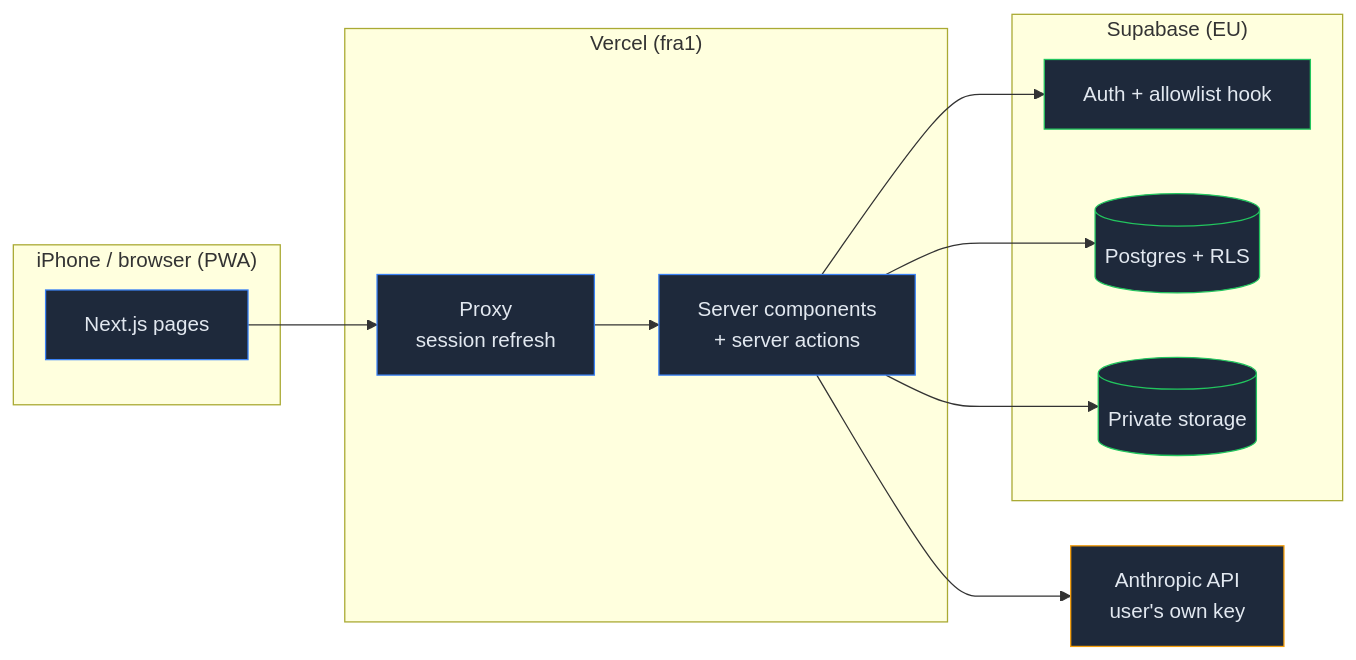
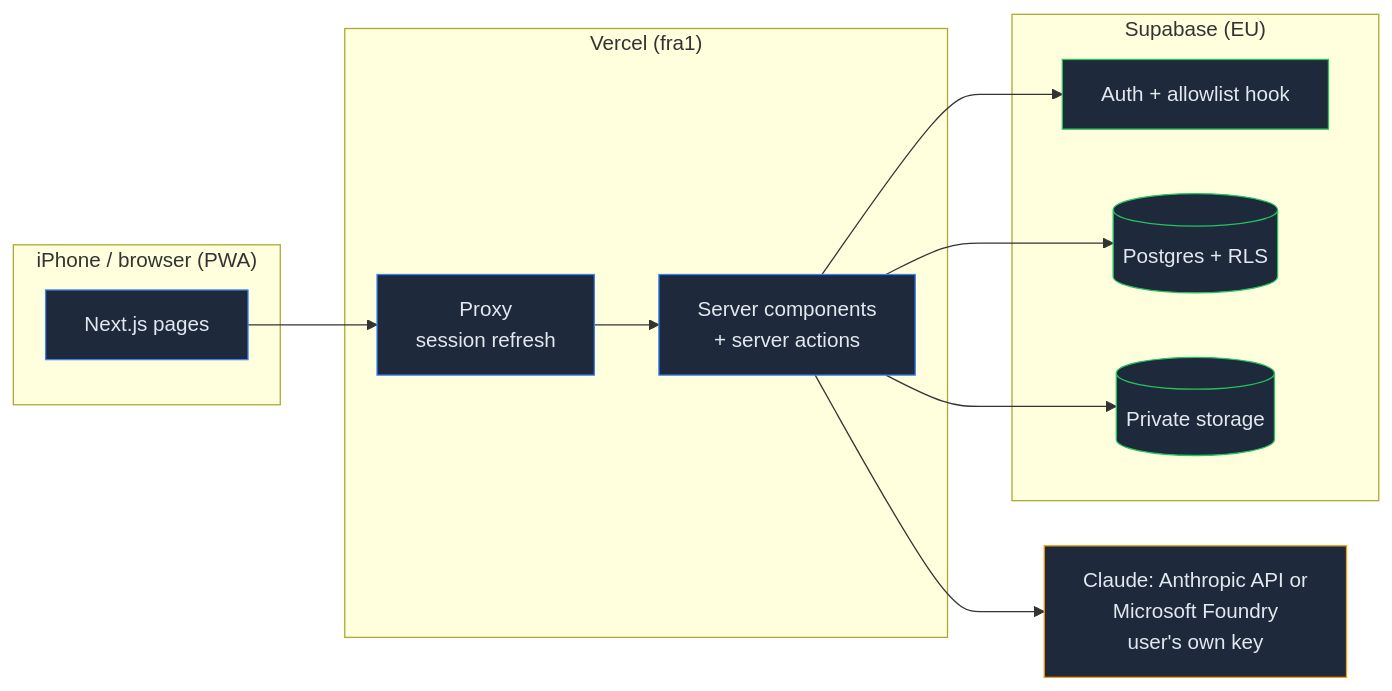
Before and after one commit to shivam-28/hybrid-athlete: the diagram in README.md, drawn with Mermaid. The commit also changed other lines of this file and 52 other files, not shown here.

First line of the commit message:
feat: Microsoft Foundry as a second bring-your-own AI provider

````diff
--- a/README.md
+++ b/README.md
@@ -26,30 +26,30 @@
 ```mermaid
 graph LR
     subgraph Client["iPhone / browser (PWA)"]
         UI[Next.js pages]
     end
     subgraph Server["Vercel (fra1)"]
         RSC[Server components<br/>+ server actions]
         PX[Proxy<br/>session refresh]
     end
     subgraph Data["Supabase (EU)"]
         AUTH[Auth + allowlist hook]
         DB[(Postgres + RLS)]
         ST[(Private storage)]
     end
-    AN[Anthropic API<br/>user's own key]
+    AN[Claude: Anthropic API or<br/>Microsoft Foundry<br/>user's own key]
 
     UI --> PX --> RSC
     RSC --> AUTH
     RSC --> DB
     RSC --> ST
     RSC --> AN
 
     style UI fill:#1e293b,stroke:#3b82f6,color:#e2e8f0
     style RSC fill:#1e293b,stroke:#3b82f6,color:#e2e8f0
     style PX fill:#1e293b,stroke:#3b82f6,color:#e2e8f0
     style AUTH fill:#1e293b,stroke:#22c55e,color:#e2e8f0
     style DB fill:#1e293b,stroke:#22c55e,color:#e2e8f0
     style ST fill:#1e293b,stroke:#22c55e,color:#e2e8f0
     style AN fill:#1e293b,stroke:#f59e0b,color:#e2e8f0
 ```
````
